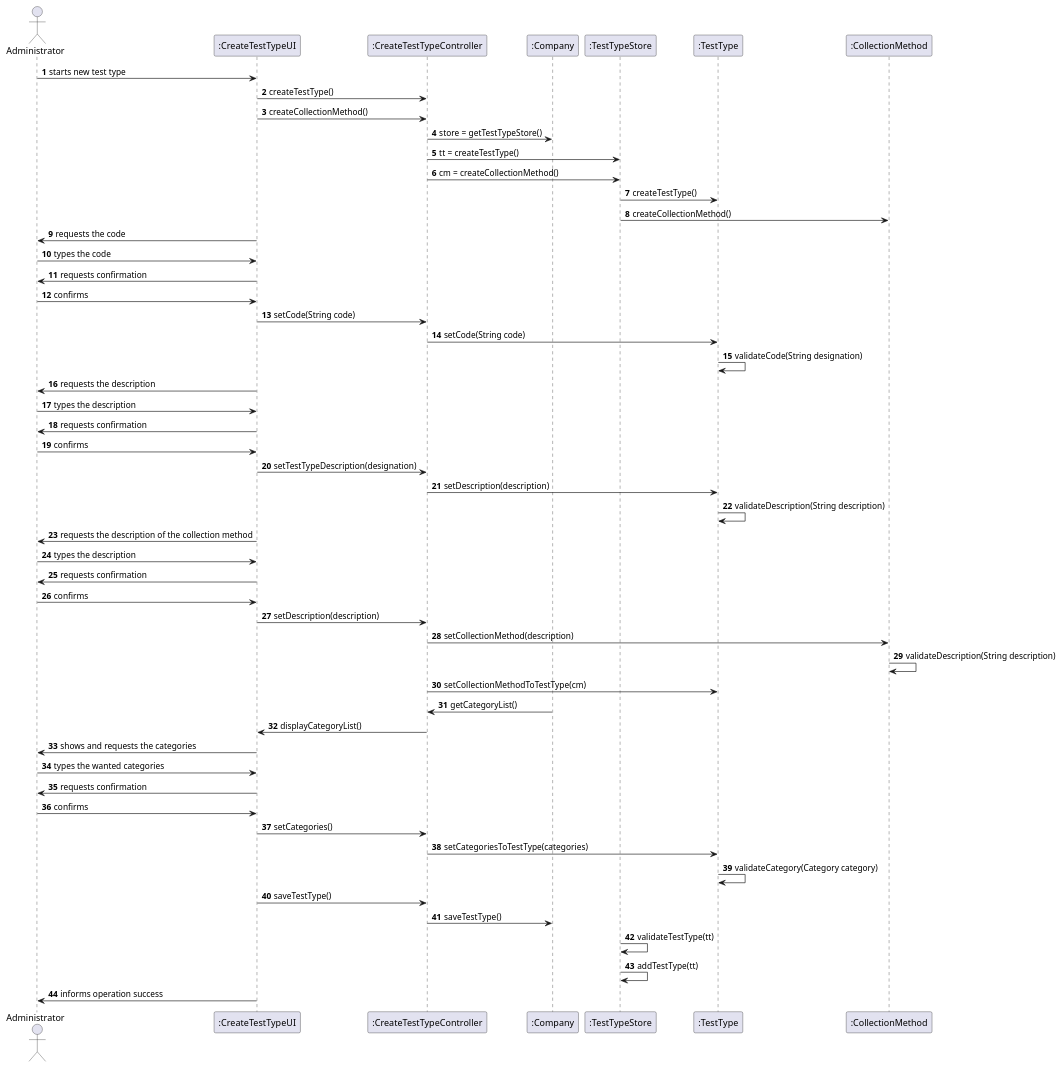
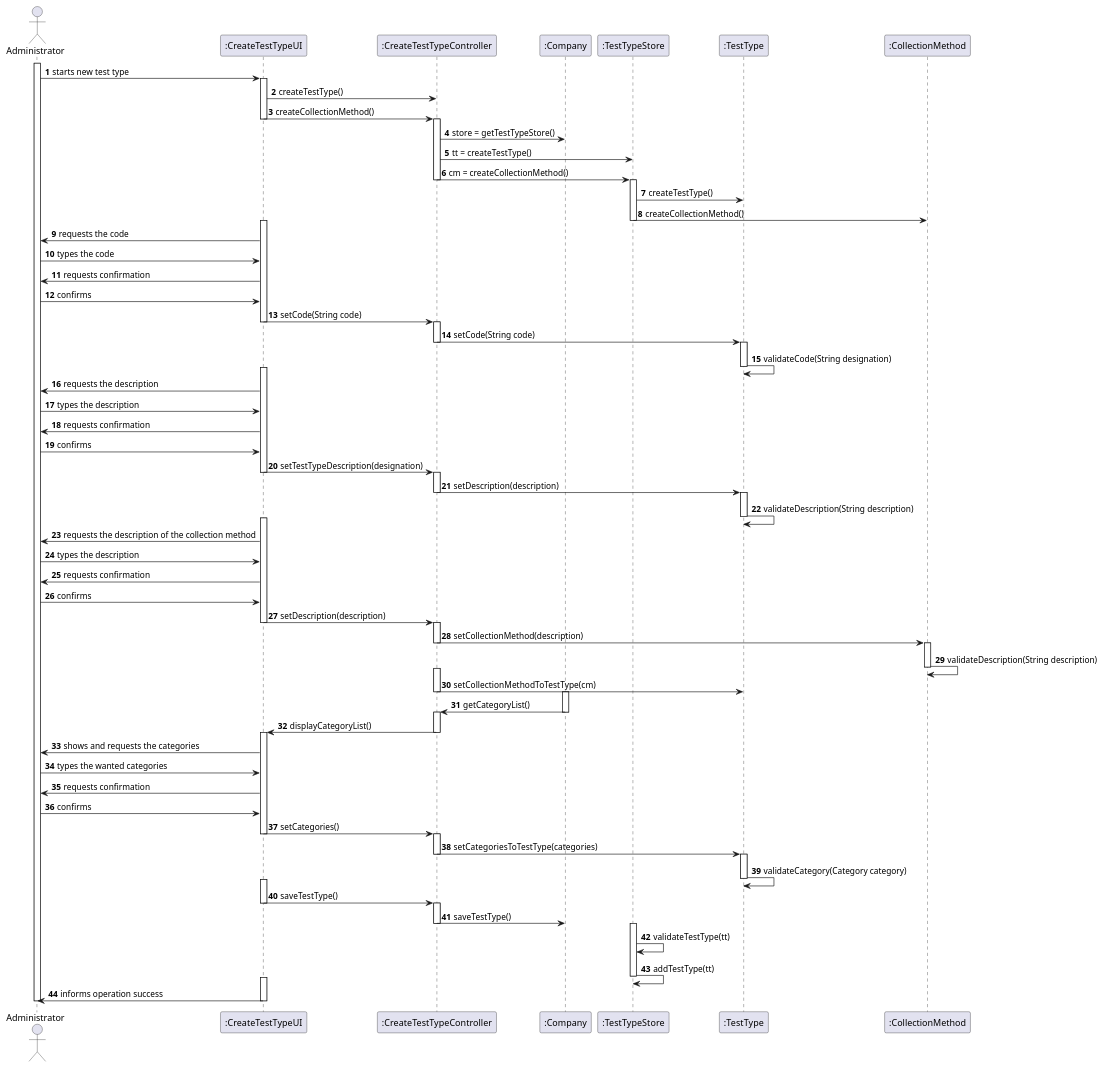
One commit to MadDinosaur/ISEP-LAPR2 changed the diagram in docs/SprintB/US9/US9_SD.puml. Above: the diagram before and after it, drawn with PlantUML.

Commit message:
Fixed my sequence diagram.

```diff
--- a/docs/SprintB/US9/US9_SD.puml
+++ b/docs/SprintB/US9/US9_SD.puml
@@ -1,66 +1,117 @@
 @startuml
 
 
 autonumber
 
 actor Administrator
 
+activate Administrator
 Administrator -> ":CreateTestTypeUI": starts new test type
+activate ":CreateTestTypeUI"
 ":CreateTestTypeUI" -> ":CreateTestTypeController": createTestType()
 ":CreateTestTypeUI" -> ":CreateTestTypeController": createCollectionMethod()
+deactivate ":CreateTestTypeUI"
+activate ":CreateTestTypeController"
 ":CreateTestTypeController" -> ":Company": store = getTestTypeStore()
 ":CreateTestTypeController" -> ":TestTypeStore": tt = createTestType()
 ":CreateTestTypeController" -> ":TestTypeStore": cm = createCollectionMethod()
+deactivate ":CreateTestTypeController"
+activate ":TestTypeStore"
 ":TestTypeStore" -> ":TestType": createTestType()
 ":TestTypeStore" -> ":CollectionMethod": createCollectionMethod()
+deactivate ":TestTypeStore"
 
+activate ":CreateTestTypeUI"
 ":CreateTestTypeUI" -> Administrator: requests the code
 Administrator -> ":CreateTestTypeUI": types the code
 ":CreateTestTypeUI" -> Administrator: requests confirmation
 Administrator -> ":CreateTestTypeUI": confirms
 
 ":CreateTestTypeUI" -> ":CreateTestTypeController": setCode(String code)
+deactivate ":CreateTestTypeUI"
+activate ":CreateTestTypeController"
 ":CreateTestTypeController" -> ":TestType": setCode(String code)
+deactivate ":CreateTestTypeController"
+activate ":TestType"
 ":TestType" -> ":TestType": validateCode(String designation)
+deactivate ":TestType"
 
+activate ":CreateTestTypeUI"
 ":CreateTestTypeUI" -> Administrator: requests the description
 Administrator -> ":CreateTestTypeUI": types the description
 ":CreateTestTypeUI" -> Administrator: requests confirmation
 Administrator -> ":CreateTestTypeUI": confirms
+":CreateTestTypeUI" -> ":CreateTestTypeController": setTestTypeDescription(designation)
+deactivate ":CreateTestTypeUI"
 
-":CreateTestTypeUI" -> ":CreateTestTypeController": setTestTypeDescription(designation)
+activate ":CreateTestTypeController"
 ":CreateTestTypeController" -> ":TestType": setDescription(description)
+deactivate ":CreateTestTypeController"
+activate ":TestType"
 ":TestType" -> ":TestType": validateDescription(String description)
+deactivate ":TestType"
 
+activate ":CreateTestTypeUI"
 ":CreateTestTypeUI" -> Administrator: requests the description of the collection method
 Administrator -> ":CreateTestTypeUI": types the description
 ":CreateTestTypeUI" -> Administrator: requests confirmation
 Administrator -> ":CreateTestTypeUI": confirms
+":CreateTestTypeUI" -> ":CreateTestTypeController": setDescription(description)
+deactivate ":CreateTestTypeUI"
 
-":CreateTestTypeUI" -> ":CreateTestTypeController": setDescription(description)
+activate ":CreateTestTypeController"
+":CreateTestTypeController" -> ":CollectionMethod": setCollectionMethod(description)
+deactivate ":CreateTestTypeController"
 
-":CreateTestTypeController" -> ":CollectionMethod": setCollectionMethod(description)
+activate ":CollectionMethod"
 ":CollectionMethod" -> ":CollectionMethod": validateDescription(String description)
+deactivate ":CollectionMethod"
+
+activate ":CreateTestTypeController"
 ":CreateTestTypeController" -> ":TestType": setCollectionMethodToTestType(cm)
+deactivate ":CreateTestTypeController"
 
+activate ":Company"
 ":Company" -> ":CreateTestTypeController": getCategoryList()
+deactivate ":Company"
+activate ":CreateTestTypeController"
 ":CreateTestTypeController" -> ":CreateTestTypeUI": displayCategoryList()
+deactivate ":CreateTestTypeController"
 
+activate ":CreateTestTypeUI"
 ":CreateTestTypeUI" -> Administrator: shows and requests the categories
 Administrator -> ":CreateTestTypeUI": types the wanted categories
 ":CreateTestTypeUI" -> Administrator: requests confirmation
 Administrator -> ":CreateTestTypeUI": confirms
+":CreateTestTypeUI" -> ":CreateTestTypeController": setCategories()
+deactivate ":CreateTestTypeUI"
 
-":CreateTestTypeUI" -> ":CreateTestTypeController": setCategories()
+activate ":CreateTestTypeController"
 ":CreateTestTypeController" -> ":TestType": setCategoriesToTestType(categories)
+deactivate ":CreateTestTypeController"
+
+activate ":TestType"
 ":TestType" -> ":TestType": validateCategory(Category category)
+deactivate ":TestType"
+
+activate ":CreateTestTypeUI"
 ":CreateTestTypeUI" -> ":CreateTestTypeController": saveTestType()
+deactivate ":CreateTestTypeUI"
+
+activate ":CreateTestTypeController"
 ":CreateTestTypeController" -> ":Company": saveTestType()
+deactivate ":CreateTestTypeController"
+activate ":TestTypeStore"
 ":TestTypeStore" -> ":TestTypeStore": validateTestType(tt)
 ":TestTypeStore" -> ":TestTypeStore": addTestType(tt)
+deactivate ":TestTypeStore"
 
+activate ":CreateTestTypeUI"
 ":CreateTestTypeUI" -> Administrator: informs operation success
+deactivate ":CreateTestTypeUI"
+
+deactivate Administrator
 
 
 
 @enduml
```
